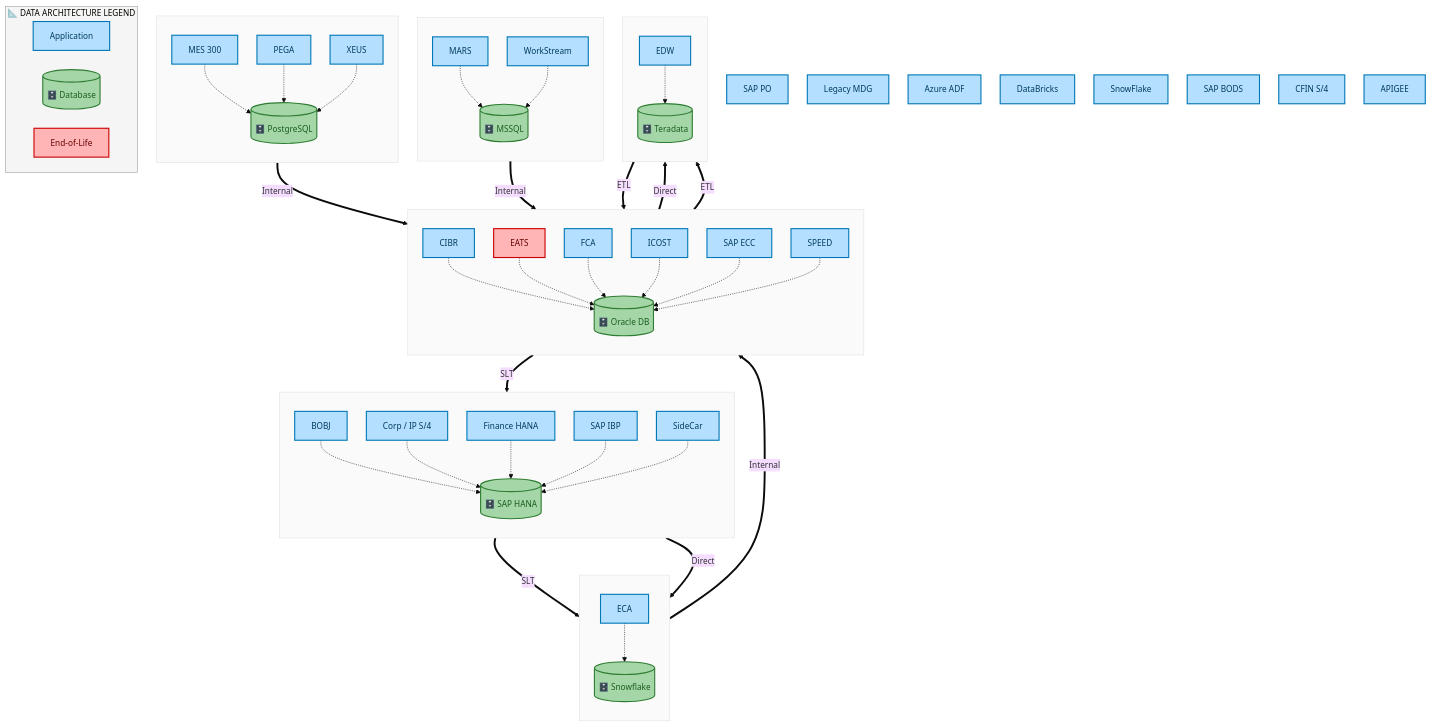
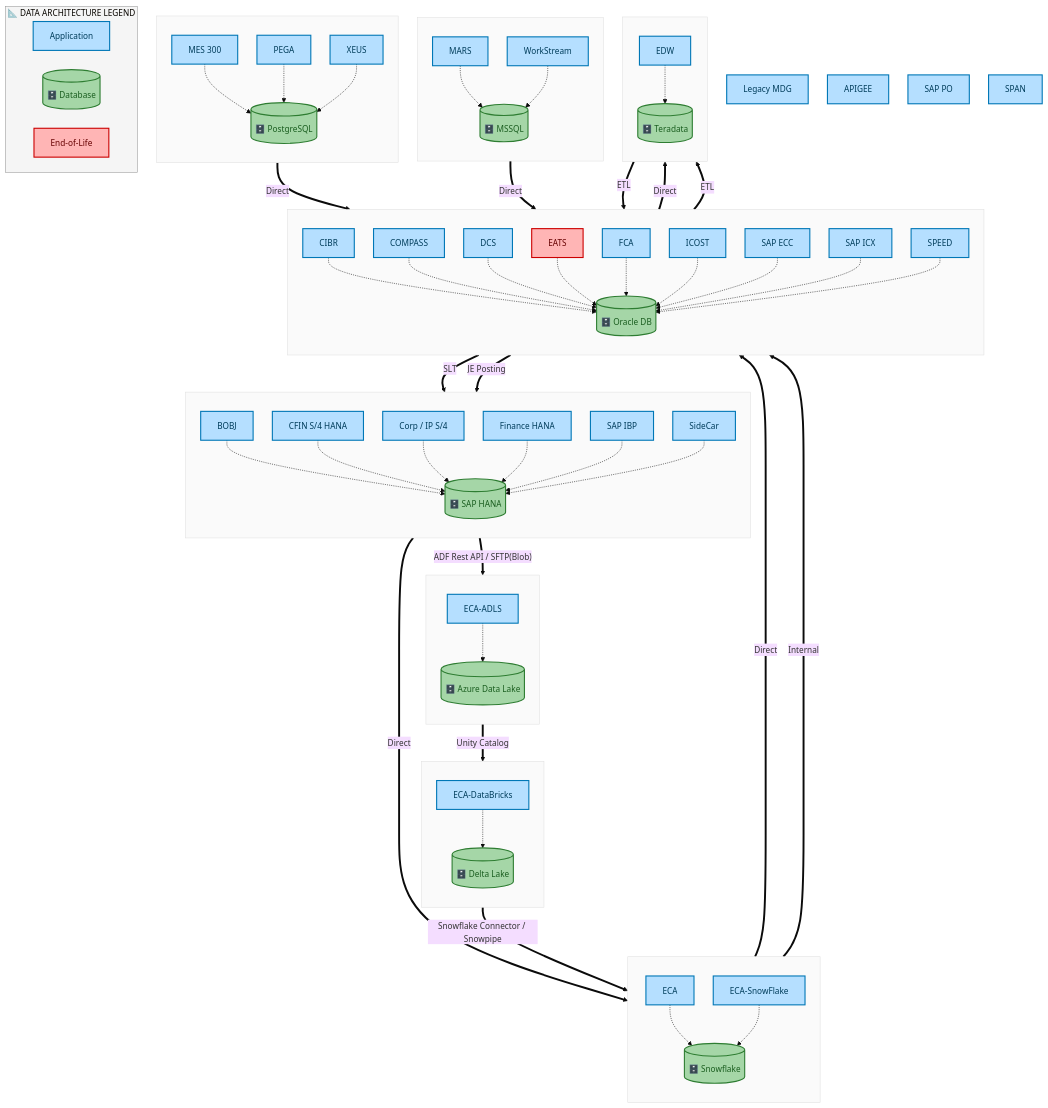
One commit to sajivfrancis777/IAO-Architecture changed diagram 16 of 23 in towers/FPR/DS Provide Decision Support/DS-020/output/docs/systems-architecture/DS-020-Architecture.md. Above: the diagram before and after it, drawn with Mermaid. The commit also changed other lines of this file and 189 other files, not shown here.

```diff
--- a/towers/FPR/DS Provide Decision Support/DS-020/output/docs/systems-architecture/DS-020-Architecture.md
+++ b/towers/FPR/DS Provide Decision Support/DS-020/output/docs/systems-architecture/DS-020-Architecture.md
@@ -1417,6 +1418,22 @@
     classDef appBox fill:#B5DFFF,stroke:#0077B6,stroke-width:2px,color:#003D5B
     classDef dbCyl fill:#A5D6A7,stroke:#2E7D32,stroke-width:2px,color:#1B5E20
     classDef eolBox fill:#FFB5B5,stroke:#CC0000,stroke-width:2px,color:#660000
+
+    subgraph DS020CDACL_Azure_Data_Lake[" "]
+        direction TB
+        DS020CDAA_ECA_ADLS["ECA-ADLS"]:::appBox
+        DS020CDAD_Azure_Data_Lake[("🗄️ Azure Data Lake")]:::dbCyl
+        DS020CDAA_ECA_ADLS -.-> DS020CDAD_Azure_Data_Lake
+    end
+    style DS020CDACL_Azure_Data_Lake fill:#FAFAFA,stroke:#E0E0E0,stroke-width:1px
+
+    subgraph DS020CDACL_Delta_Lake[" "]
+        direction TB
+        DS020CDAA_ECA_DataBricks["ECA-DataBricks"]:::appBox
+        DS020CDAD_Delta_Lake[("🗄️ Delta Lake")]:::dbCyl
+        DS020CDAA_ECA_DataBricks -.-> DS020CDAD_Delta_Lake
+    end
+    style DS020CDACL_Delta_Lake fill:#FAFAFA,stroke:#E0E0E0,stroke-width:1px
 
     subgraph DS020CDACL_MSSQL[" "]
         direction TB
@@ -1431,17 +1448,23 @@
     subgraph DS020CDACL_Oracle_DB[" "]
         direction TB
         DS020CDAA_CIBR["CIBR"]:::appBox
+        DS020CDAA_COMPASS["COMPASS"]:::appBox
+        DS020CDAA_DCS["DCS"]:::appBox
         DS020CDAA_EATS["EATS"]:::eolBox
         DS020CDAA_FCA["FCA"]:::appBox
         DS020CDAA_ICOST["ICOST"]:::appBox
         DS020CDAA_SAP_ECC["SAP ECC"]:::appBox
+        DS020CDAA_SAP_ICX["SAP ICX"]:::appBox
         DS020CDAA_SPEED["SPEED"]:::appBox
         DS020CDAD_Oracle_DB[("🗄️ Oracle DB")]:::dbCyl
         DS020CDAA_CIBR -.-> DS020CDAD_Oracle_DB
+        DS020CDAA_COMPASS -.-> DS020CDAD_Oracle_DB
+        DS020CDAA_DCS -.-> DS020CDAD_Oracle_DB
         DS020CDAA_EATS -.-> DS020CDAD_Oracle_DB
         DS020CDAA_FCA -.-> DS020CDAD_Oracle_DB
         DS020CDAA_ICOST -.-> DS020CDAD_Oracle_DB
         DS020CDAA_SAP_ECC -.-> DS020CDAD_Oracle_DB
+        DS020CDAA_SAP_ICX -.-> DS020CDAD_Oracle_DB
         DS020CDAA_SPEED -.-> DS020CDAD_Oracle_DB
     end
     style DS020CDACL_Oracle_DB fill:#FAFAFA,stroke:#E0E0E0,stroke-width:1px
@@ -1461,12 +1484,14 @@
     subgraph DS020CDACL_SAP_HANA[" "]
         direction TB
         DS020CDAA_BOBJ["BOBJ"]:::appBox
+        DS020CDAA_CFIN_S_4_HANA["CFIN S/4 HANA"]:::appBox
         DS020CDAA_Corp_IP_S_4["Corp / IP S/4"]:::appBox
         DS020CDAA_Finance_HANA["Finance HANA"]:::appBox
         DS020CDAA_SAP_IBP["SAP IBP"]:::appBox
         DS020CDAA_SideCar["SideCar"]:::appBox
         DS020CDAD_SAP_HANA[("🗄️ SAP HANA")]:::dbCyl
         DS020CDAA_BOBJ -.-> DS020CDAD_SAP_HANA
+        DS020CDAA_CFIN_S_4_HANA -.-> DS020CDAD_SAP_HANA
         DS020CDAA_Corp_IP_S_4 -.-> DS020CDAD_SAP_HANA
         DS020CDAA_Finance_HANA -.-> DS020CDAD_SAP_HANA
         DS020CDAA_SAP_IBP -.-> DS020CDAD_SAP_HANA
@@ -1477,8 +1502,10 @@
     subgraph DS020CDACL_Snowflake[" "]
         direction TB
         DS020CDAA_ECA["ECA"]:::appBox
+        DS020CDAA_ECA_SnowFlake["ECA-SnowFlake"]:::appBox
         DS020CDAD_Snowflake[("🗄️ Snowflake")]:::dbCyl
         DS020CDAA_ECA -.-> DS020CDAD_Snowflake
+        DS020CDAA_ECA_SnowFlake -.-> DS020CDAD_Snowflake
     end
     style DS020CDACL_Snowflake fill:#FAFAFA,stroke:#E0E0E0,stroke-width:1px
 
@@ -1490,21 +1517,21 @@
     end
     style DS020CDACL_Teradata fill:#FAFAFA,stroke:#E0E0E0,stroke-width:1px
 
+    DS020CDAA_Legacy_MDG["Legacy MDG"]:::appBox
+    DS020CDAA_APIGEE["APIGEE"]:::appBox
     DS020CDAA_SAP_PO["SAP PO"]:::appBox
-    DS020CDAA_Legacy_MDG["Legacy MDG"]:::appBox
-    DS020CDAA_Azure_ADF["Azure ADF"]:::appBox
-    DS020CDAA_DataBricks["DataBricks"]:::appBox
-    DS020CDAA_SnowFlake["SnowFlake"]:::appBox
-    DS020CDAA_SAP_BODS["SAP BODS"]:::appBox
-    DS020CDAA_CFIN_S_4["CFIN S/4"]:::appBox
-    DS020CDAA_APIGEE["APIGEE"]:::appBox
+    DS020CDAA_SPAN["SPAN"]:::appBox
 
-    DS020CDAD_PostgreSQL ==>|"Internal"| DS020CDAD_Oracle_DB
-    DS020CDAD_MSSQL ==>|"Internal"| DS020CDAD_Oracle_DB
+    DS020CDAD_PostgreSQL ==>|"Direct"| DS020CDAD_Oracle_DB
+    DS020CDAD_MSSQL ==>|"Direct"| DS020CDAD_Oracle_DB
     DS020CDAD_Oracle_DB ==>|"Direct"| DS020CDAD_Teradata
     DS020CDAD_Oracle_DB ==>|"SLT"| DS020CDAD_SAP_HANA
-    DS020CDAD_SAP_HANA ==>|"SLT"| DS020CDAD_Snowflake
+    DS020CDAD_SAP_HANA ==>|"ADF Rest API / SFTP(Blob)"| DS020CDAD_Azure_Data_Lake
+    DS020CDAD_Azure_Data_Lake ==>|"Unity Catalog"| DS020CDAD_Delta_Lake
+    DS020CDAD_Delta_Lake ==>|"Snowflake Connector / Snowpipe"| DS020CDAD_Snowflake
+    DS020CDAD_Snowflake ==>|"Direct"| DS020CDAD_Oracle_DB
     DS020CDAD_Snowflake ==>|"Internal"| DS020CDAD_Oracle_DB
+    DS020CDAD_Oracle_DB ==>|"JE Posting"| DS020CDAD_SAP_HANA
     DS020CDAD_Oracle_DB ==>|"ETL"| DS020CDAD_Teradata
     DS020CDAD_Teradata ==>|"ETL"| DS020CDAD_Oracle_DB
     DS020CDAD_SAP_HANA ==>|"Direct"| DS020CDAD_Snowflake
```
